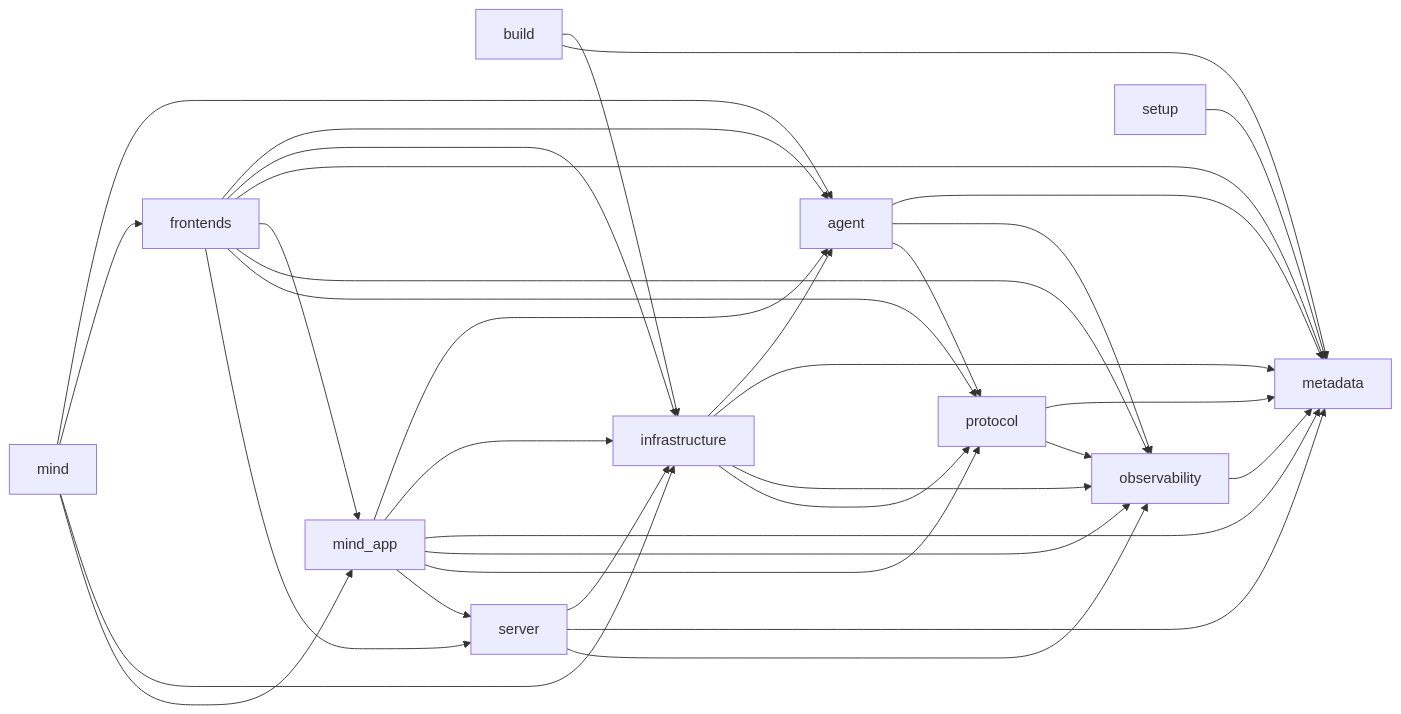
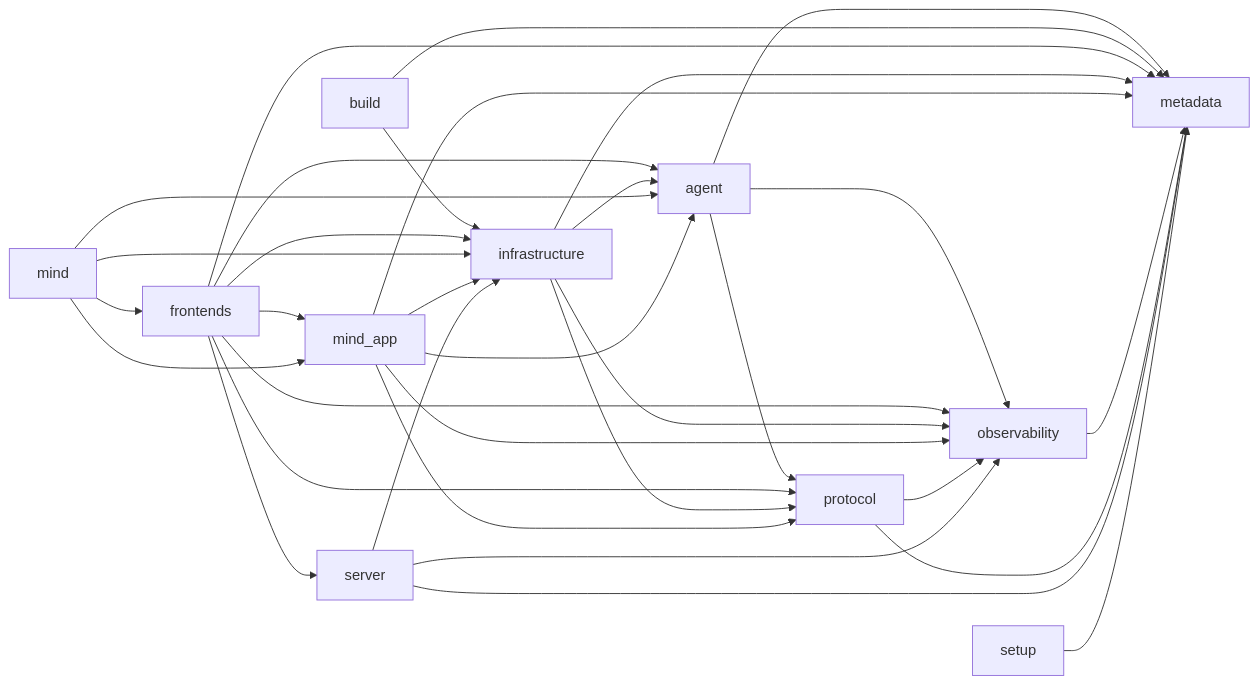
The diagram in AGENT_RUNTIME_IMPORT_GRAPH.md (AxionixLabs/ProxyMind), drawn with Mermaid before and after one commit. The commit also changed other lines of this file and 205 other files, not shown here.

````diff
--- a/AGENT_RUNTIME_IMPORT_GRAPH.md
+++ b/AGENT_RUNTIME_IMPORT_GRAPH.md
@@ -15,36 +15,35 @@
 ```mermaid
 flowchart LR
     agent --> metadata
     agent --> observability
     agent --> protocol
     build --> infrastructure
     build --> metadata
     frontends --> agent
     frontends --> infrastructure
     frontends --> metadata
     frontends --> mind_app
     frontends --> observability
     frontends --> protocol
     frontends --> server
     infrastructure --> agent
     infrastructure --> metadata
     infrastructure --> observability
     infrastructure --> protocol
     mind --> agent
     mind --> frontends
     mind --> infrastructure
     mind --> mind_app
     mind_app --> agent
     mind_app --> infrastructure
     mind_app --> metadata
     mind_app --> observability
     mind_app --> protocol
-    mind_app --> server
     observability --> metadata
     protocol --> metadata
     protocol --> observability
     server --> infrastructure
     server --> metadata
     server --> observability
     setup --> metadata
 ```
````
